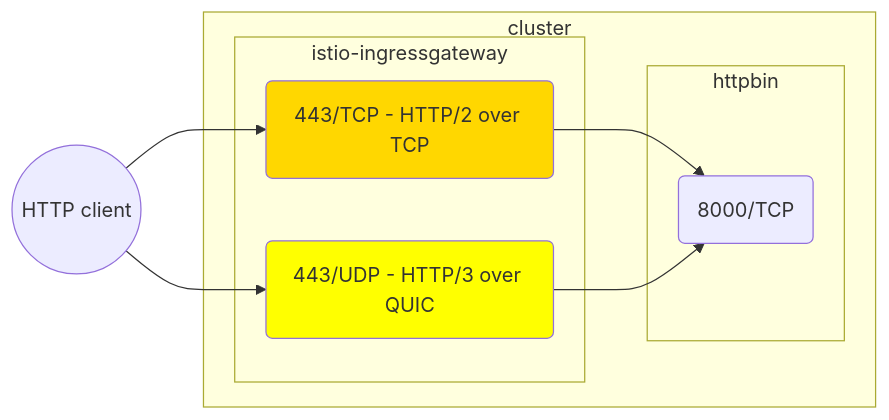
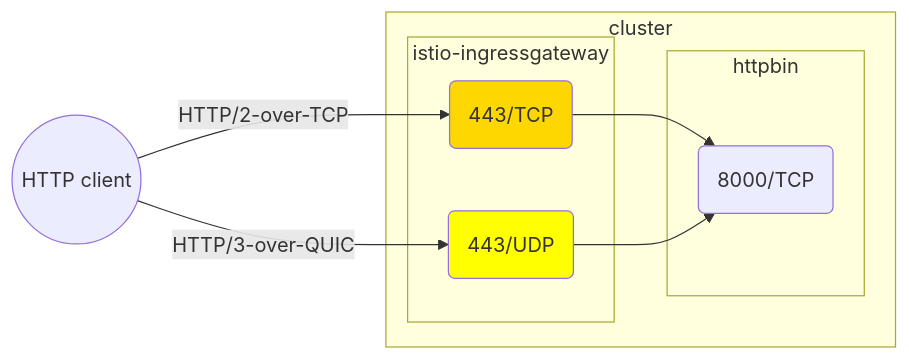
Before and after one commit to su225/su225.github.io: the diagram in content/posts/http3-support-in-istio-gateway.md, drawn with Mermaid. The commit also changed other lines of this file, not shown here.

Commit message:
some more refinements

```diff
--- a/content/posts/http3-support-in-istio-gateway.md
+++ b/content/posts/http3-support-in-istio-gateway.md
@@ -19,23 +20,23 @@
 {{< mermaid >}}
     graph LR
       client((HTTP client))
       subgraph cluster
         subgraph istio-ingressgateway
-          tcpPort("443/TCP - HTTP/2 over TCP")
-          udpPort("443/UDP - HTTP/3 over QUIC")
+          tcpPort("443/TCP")
+          udpPort("443/UDP")
         end
 
         subgraph httpbin
           httpbinTcpPort(8000/TCP)
         end
 
         tcpPort --> httpbinTcpPort
         udpPort --> httpbinTcpPort
 
         style tcpPort fill:gold
         style udpPort fill:yellow
       end
 
-      client --> tcpPort
-      client --> udpPort
+      client -->|HTTP/2-over-TCP| tcpPort
+      client -->|HTTP/3-over-QUIC| udpPort
 {{< /mermaid >}}
```
